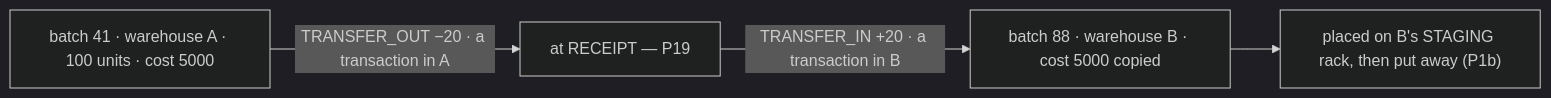
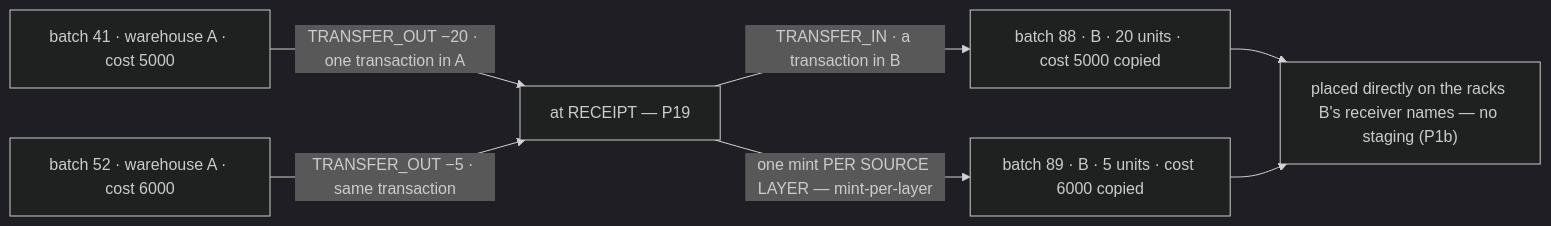
Diagram 18 of 42 in disscuss/architecture/stock_movement_log.md (pdcgo/warehouse_revamp), drawn with Mermaid (dark theme) before and after one commit. The commit also changed other lines of this file and 28 other files, not shown here.

````diff
--- a/disscuss/architecture/stock_movement_log.md
+++ b/disscuss/architecture/stock_movement_log.md
@@ -924,7 +1003,11 @@
 ```mermaid
 flowchart LR
-  A["batch 41 · warehouse A · 100 units · cost 5000"]
-  A -->|"TRANSFER_OUT −20 · a transaction in A"| T["at RECEIPT — P19"]
-  T -->|"TRANSFER_IN +20 · a transaction in B"| B["batch 88 · warehouse B · cost 5000 copied"]
-  B --> S["placed on B's STAGING rack, then put away (P1b)"]
+  A1["batch 41 · warehouse A · cost 5000"]
+  A2["batch 52 · warehouse A · cost 6000"]
+  A1 -->|"TRANSFER_OUT −20 · one transaction in A"| T["at RECEIPT — P19"]
+  A2 -->|"TRANSFER_OUT −5 · same transaction"| T
+  T -->|"TRANSFER_IN · a transaction in B"| B1["batch 88 · B · 20 units · cost 5000 copied"]
+  T -->|"one mint PER SOURCE LAYER — mint-per-layer"| B2["batch 89 · B · 5 units · cost 6000 copied"]
+  B1 --> S["placed directly on the racks B's receiver names — no staging (P1b)"]
+  B2 --> S
 ```
````
